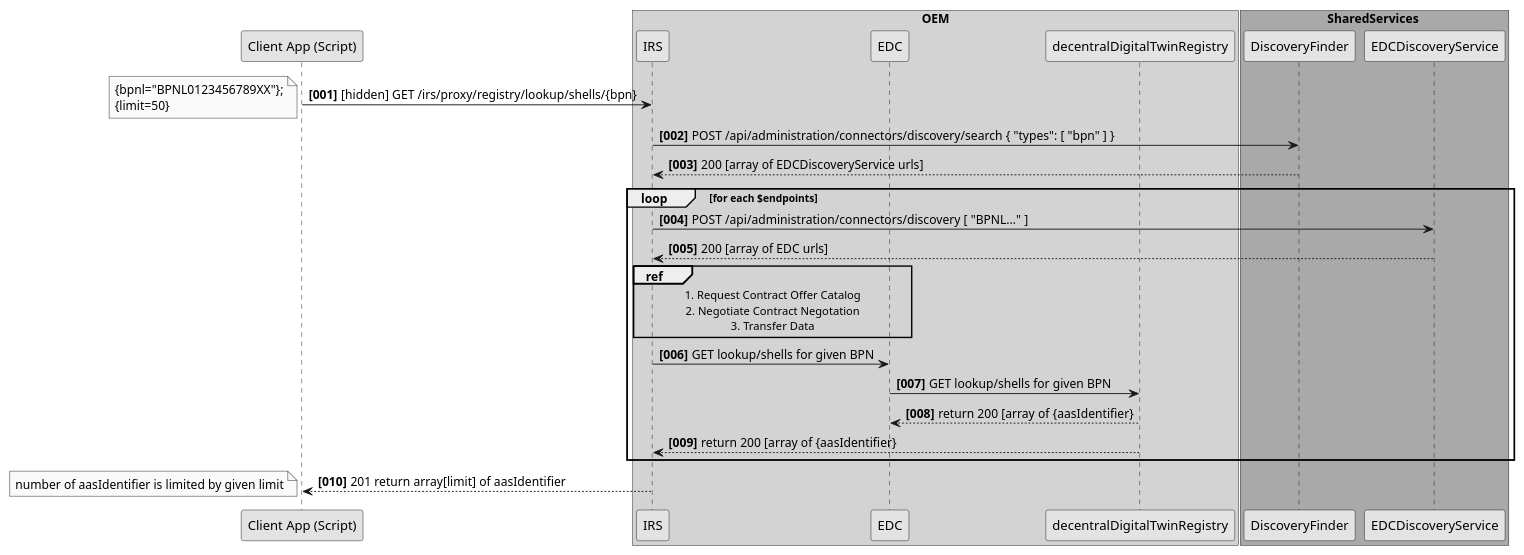
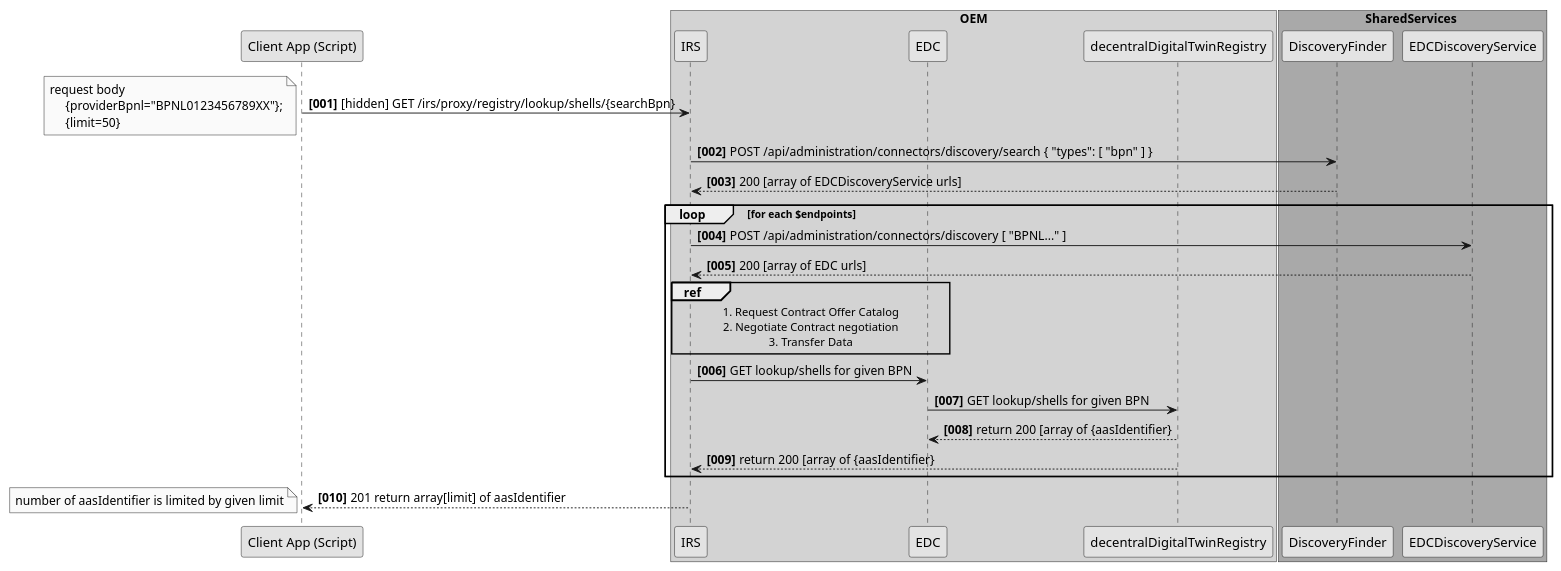
Before and after one commit to eclipse-tractusx/item-relationship-service: the diagram in docs/src/uml-diagrams/irs-recursive/ess-top-down/sequence/1_ess-top-down-sequence-Get_AAS_Assets_by_BPN.puml, drawn with PlantUML. The commit also changed 1 other file, not shown here.

Commit message:
fix(uml):[TRI-1519] fix PR remarks

```diff
--- a/docs/src/uml-diagrams/irs-recursive/ess-top-down/sequence/1_ess-top-down-sequence-Get_AAS_Assets_by_BPN.puml
+++ b/docs/src/uml-diagrams/irs-recursive/ess-top-down/sequence/1_ess-top-down-sequence-Get_AAS_Assets_by_BPN.puml
@@ -1,47 +1,48 @@
 @startuml
 skinparam monochrome true
 skinparam shadowing false
 skinparam defaultFontName "Architects daughter"
 
 autonumber "<b>[000]"
 
 participant "Client App (Script)" as Client
 
 box "OEM" #LightGrey
     participant IRS as IRS
     participant EDC as EDC
     participant decentralDigitalTwinRegistry as dDTR
 end box
 
 
 box SharedServices #DarkGrey
     participant DiscoveryFinder as DiscoveryFinder
     participant EDCDiscoveryService as EDCDiscoveryService
 end box
 
-    Client -> IRS : [hidden] GET /irs/proxy/registry/lookup/shells/{bpn}
+    Client -> IRS : [hidden] GET /irs/proxy/registry/lookup/shells/{searchBpn}
     note left
-        {bpnl="BPNL0123456789XX"};
-        {limit=50}
+        request body
+             {providerBpnl="BPNL0123456789XX"};
+             {limit=50}
     end note
     IRS -> DiscoveryFinder : POST /api/administration/connectors/discovery/search { "types": [ "bpn" ] }
     IRS <-- DiscoveryFinder: 200 [array of EDCDiscoveryService urls]
     loop for each $endpoints
         IRS -> EDCDiscoveryService : POST /api/administration/connectors/discovery [ "BPNL..." ]
         IRS <-- EDCDiscoveryService : 200 [array of EDC urls]
         ref over IRS, EDC
             1. Request Contract Offer Catalog
-            2. Negotiate Contract Negotation
+            2. Negotiate Contract negotiation
             3. Transfer Data
         end ref
         IRS -> EDC : GET lookup/shells for given BPN
         EDC -> dDTR: GET lookup/shells for given BPN
         EDC <-- dDTR: return 200 [array of {aasIdentifier}
         IRS <-- dDTR: return 200 [array of {aasIdentifier}
     end
      Client <-- IRS : 201 return array[limit] of aasIdentifier
      note left
         number of aasIdentifier is limited by given limit
      end note
 
 @enduml
```
